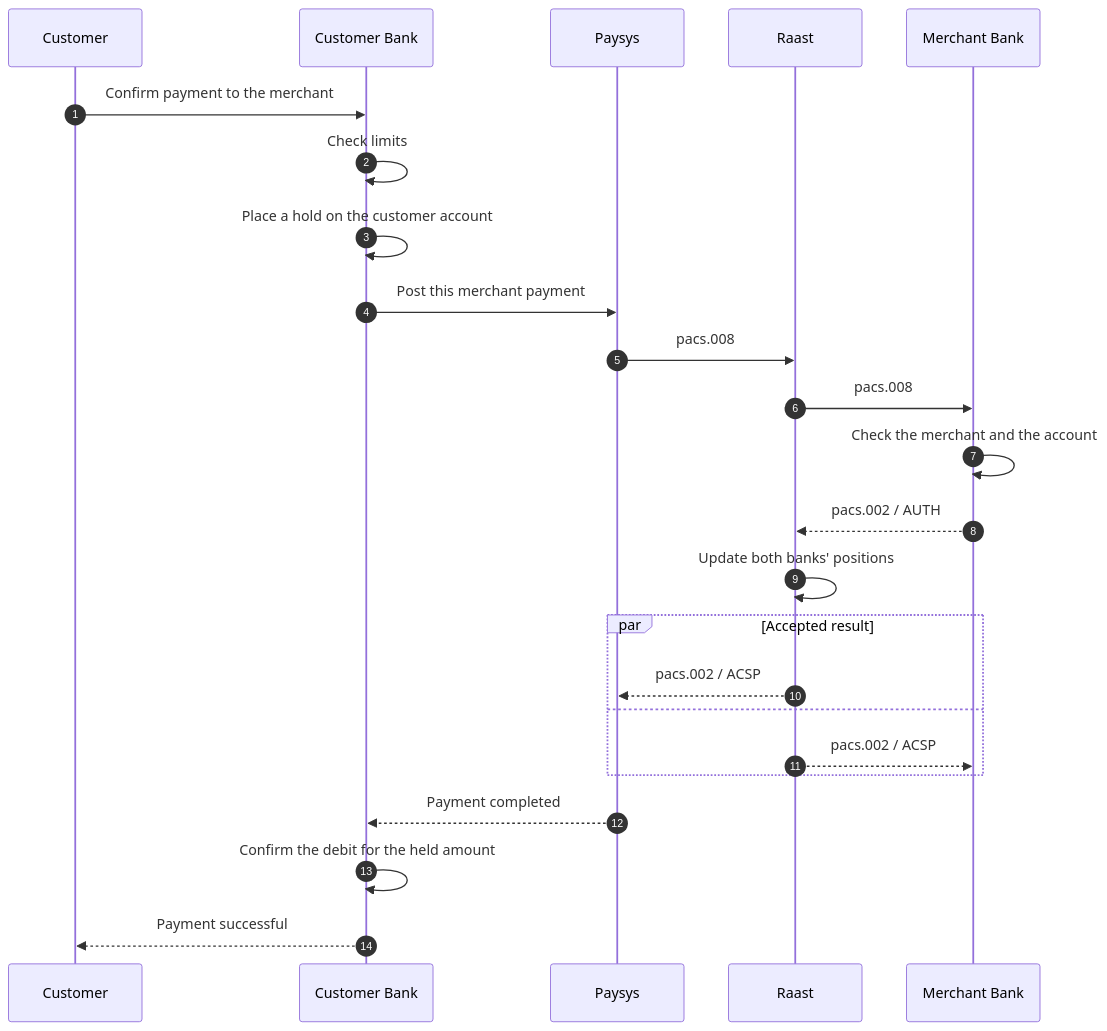
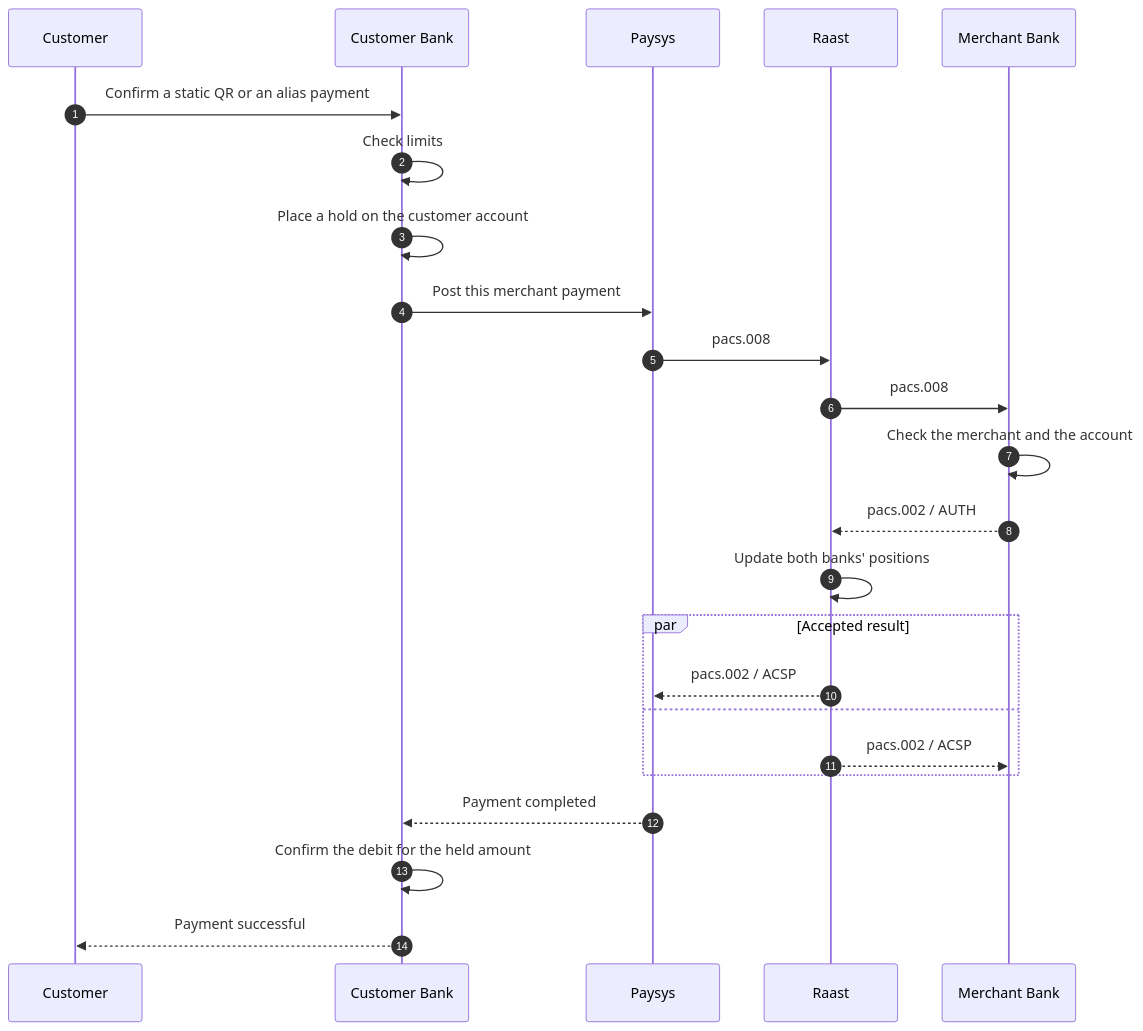
The second of 11 diagrams in modules/03-p2m-issuing/03_Raast_P2M_Issuing_Overview.md (HuzaifaTanzeel/raast-training-public), drawn with Mermaid before and after one commit. The commit also changed other lines of this file and 5 other files, not shown here.

Commit message:
Correct the P2M overviews so static QR, dynamic QR, and alias payments follow their own paths.

````diff
--- a/modules/03-p2m-issuing/03_Raast_P2M_Issuing_Overview.md
+++ b/modules/03-p2m-issuing/03_Raast_P2M_Issuing_Overview.md
@@ -74,27 +79,27 @@
 ```mermaid
 sequenceDiagram
     autonumber
     participant C as Customer
     participant B as Customer Bank
     participant P as Paysys
     participant R as Raast
     participant MB as Merchant Bank
 
-    C->>B: Confirm payment to the merchant
+    C->>B: Confirm a static QR or an alias payment
     B->>B: Check limits
     B->>B: Place a hold on the customer account
     B->>P: Post this merchant payment
     P->>R: pacs.008
     R->>MB: pacs.008
     MB->>MB: Check the merchant and the account
     MB-->>R: pacs.002 / AUTH
     R->>R: Update both banks' positions
     par Accepted result
         R-->>P: pacs.002 / ACSP
     and
         R-->>MB: pacs.002 / ACSP
     end
     P-->>B: Payment completed
     B->>B: Confirm the debit for the held amount
     B-->>C: Payment successful
 ```
````
